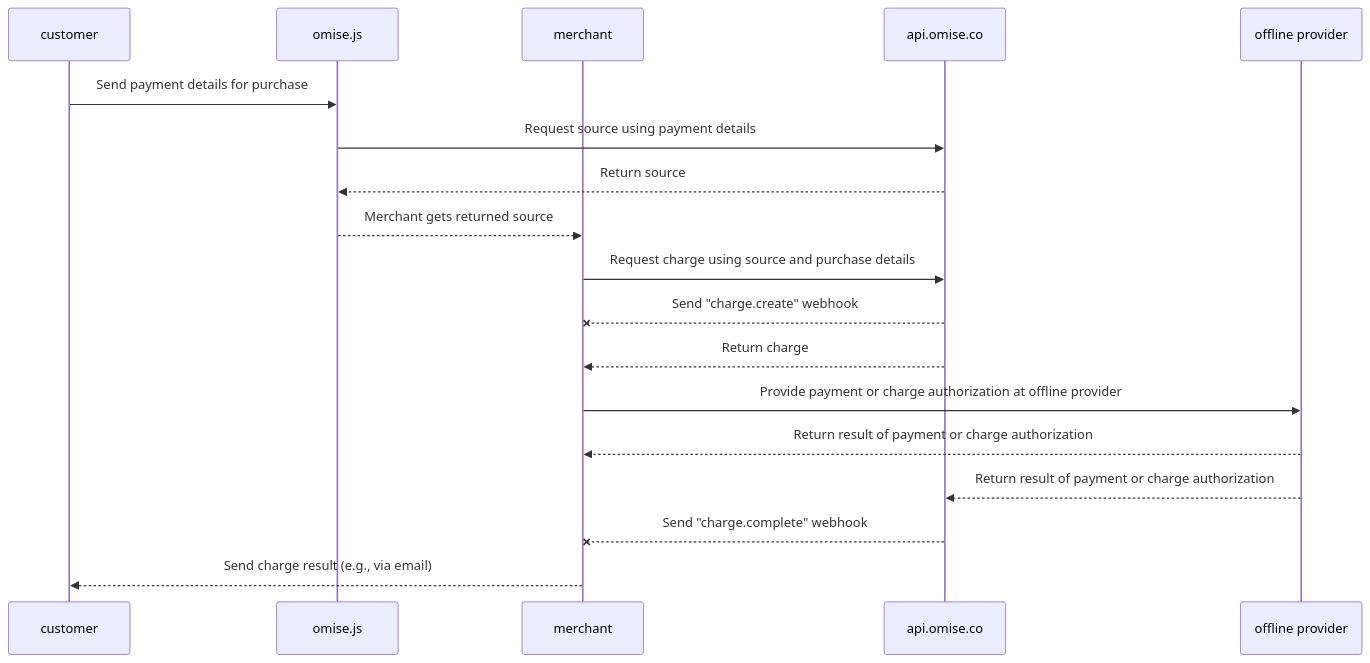
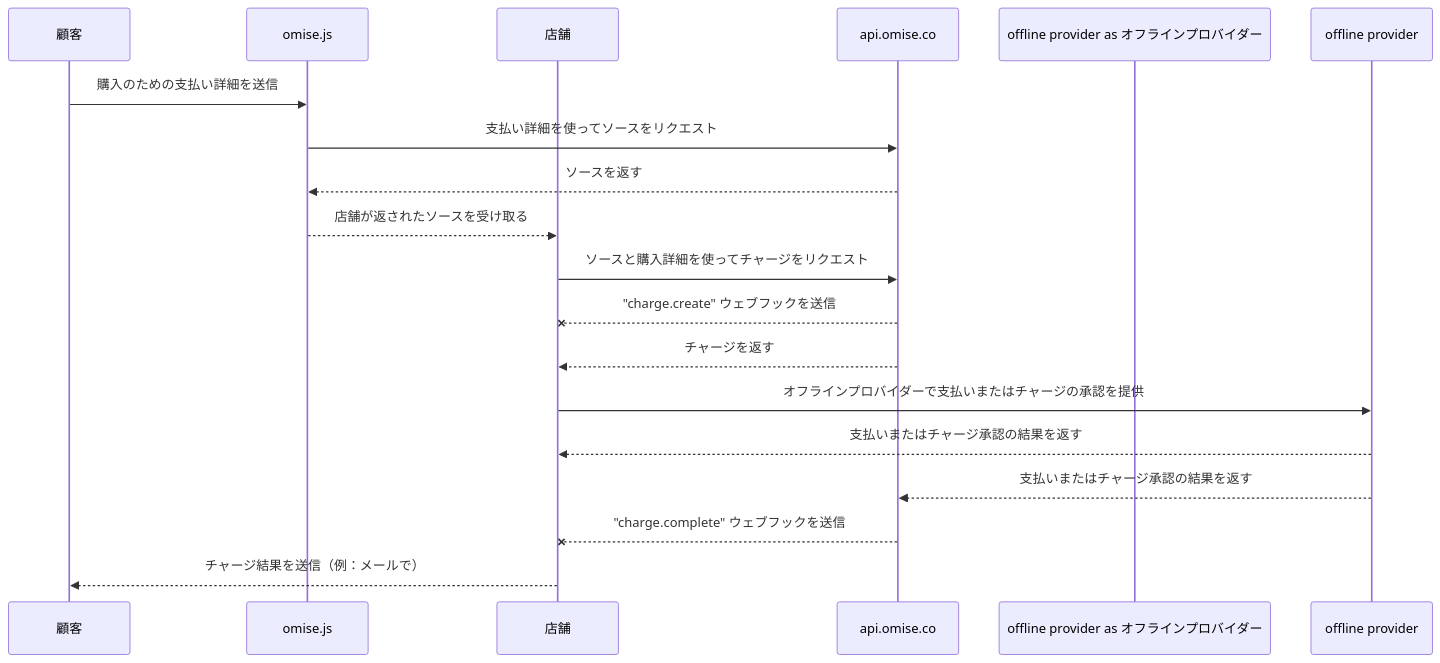
One commit to Moeenahamd/moeenahamd.github.io changed the diagram in i18n/ja/docusaurus-plugin-content-docs/current/payment methods/AliPay + Offline/alipayplus-mpm.mdx. Above: the diagram before and after it, drawn with Mermaid. The commit also changed 38 other files, not shown here.

````diff
--- a/i18n/ja/docusaurus-plugin-content-docs/current/payment methods/AliPay + Offline/alipayplus-mpm.mdx
+++ b/i18n/ja/docusaurus-plugin-content-docs/current/payment methods/AliPay + Offline/alipayplus-mpm.mdx
@@ -314,23 +314,22 @@
 ```mermaid
 sequenceDiagram
-    participant customer
-    participant omise.js
-    participant merchant
-    participant api.omise.co
-    participant offline provider
+    participant customer as 顧客
+    participant omise.js as omise.js
+    participant merchant as 店舗
+    participant api.omise.co as api.omise.co
+    participant offline provider as オフラインプロバイダー
 
-    customer->>omise.js: Send payment details for purchase
-    omise.js->>api.omise.co: Request source using payment details
-    api.omise.co-->>omise.js: Return source
-    omise.js-->>merchant: Merchant gets returned source
-    merchant->>api.omise.co: Request charge using source and purchase details
-   
-    api.omise.co--x merchant: Send "charge.create" webhook
-    api.omise.co-->>merchant: Return charge
-    merchant->>offline provider: Provide payment or charge authorization at offline provider
-    offline provider-->>merchant: Return result of payment or charge authorization
-    offline provider-->>api.omise.co: Return result of payment or charge authorization
-   
-    api.omise.co--x merchant: Send "charge.complete" webhook
-    merchant-->>customer: Send charge result (e.g., via email)
+    customer->>omise.js: 購入のための支払い詳細を送信
+    omise.js->>api.omise.co: 支払い詳細を使ってソースをリクエスト
+    api.omise.co-->>omise.js: ソースを返す
+    omise.js-->>merchant: 店舗が返されたソースを受け取る
+    merchant->>api.omise.co: ソースと購入詳細を使ってチャージをリクエスト
+    api.omise.co--x merchant: "charge.create" ウェブフックを送信
+    api.omise.co-->>merchant: チャージを返す
+    merchant->>offline provider: オフラインプロバイダーで支払いまたはチャージの承認を提供
+    offline provider-->>merchant: 支払いまたはチャージ承認の結果を返す
+    offline provider-->>api.omise.co: 支払いまたはチャージ承認の結果を返す
+    api.omise.co--x merchant: "charge.complete" ウェブフックを送信
+    merchant-->>customer: チャージ結果を送信（例：メールで）
+
 ```
````
